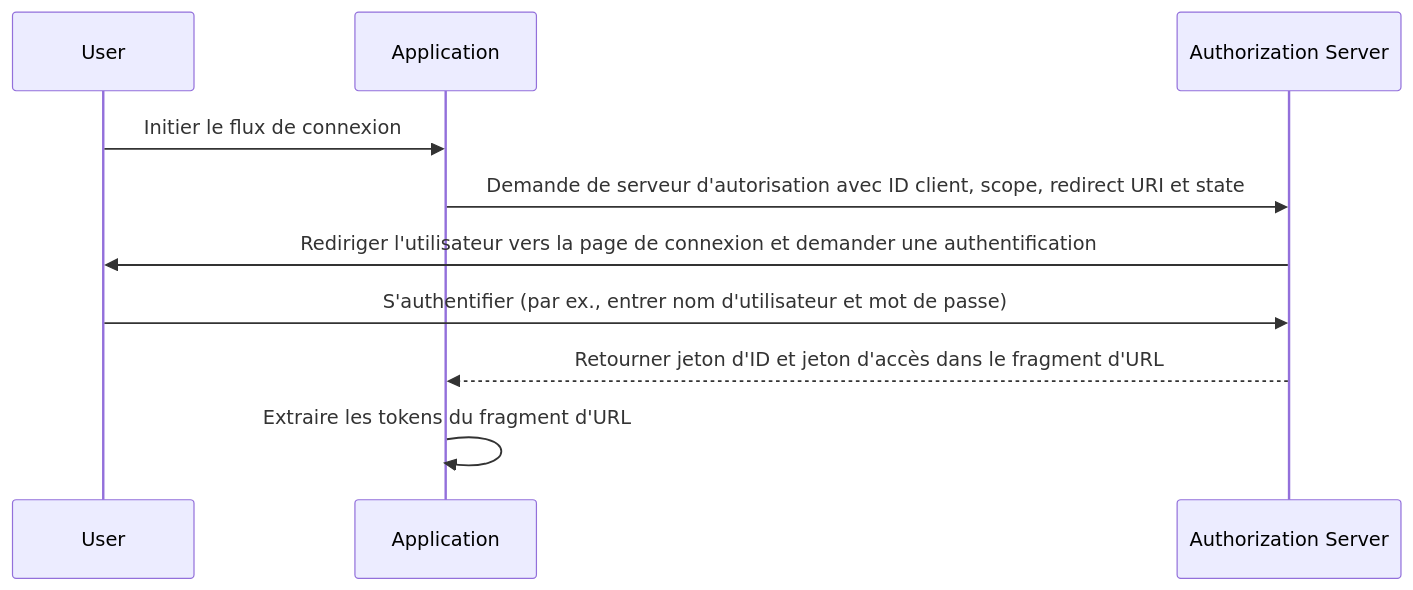
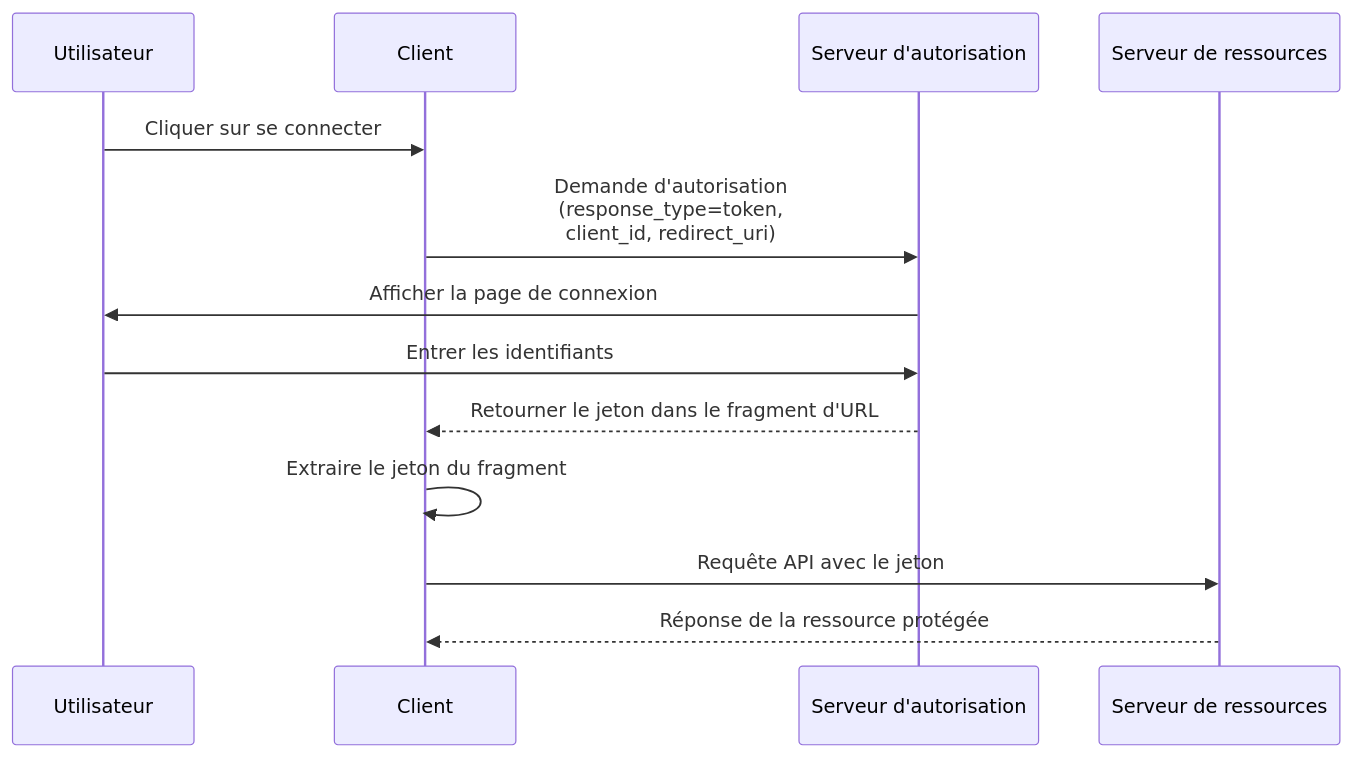
Before and after one commit to logto-io/auth-wiki: the diagram in src/content/terms/fr/implicit-flow.mdx, drawn with Mermaid. The commit also changed other lines of this file and 95 other files, not shown here.

````diff
--- a/src/content/terms/fr/implicit-flow.mdx
+++ b/src/content/terms/fr/implicit-flow.mdx
@@ -20,12 +19,16 @@
 ```mermaid
 sequenceDiagram
-participant User
-participant Application
-participant Authorization Server
-User->>Application: Initier le flux de connexion
-Application->>Authorization Server: Demande de serveur d'autorisation avec ID client, scope, redirect URI et state
-Authorization Server->>User: Rediriger l'utilisateur vers la page de connexion et demander une authentification
-User->>Authorization Server: S'authentifier (par ex., entrer nom d'utilisateur et mot de passe)
-Authorization Server -->>Application: Retourner jeton d'ID et jeton d'accès dans le fragment d'URL
-Application->>Application: Extraire les tokens du fragment d'URL
+  participant U as Utilisateur
+  participant C as Client
+  participant AS as Serveur d'autorisation
+  participant RS as Serveur de ressources
+
+  U->>C: Cliquer sur se connecter
+  C->>AS: Demande d'autorisation<br/>(response_type=token,<br/>client_id, redirect_uri)
+  AS->>U: Afficher la page de connexion
+  U->>AS: Entrer les identifiants
+  AS-->>C: Retourner le jeton dans le fragment d'URL
+  C->>C: Extraire le jeton du fragment
+  C->>RS: Requête API avec le jeton
+  RS-->>C: Réponse de la ressource protégée
 ```
````
